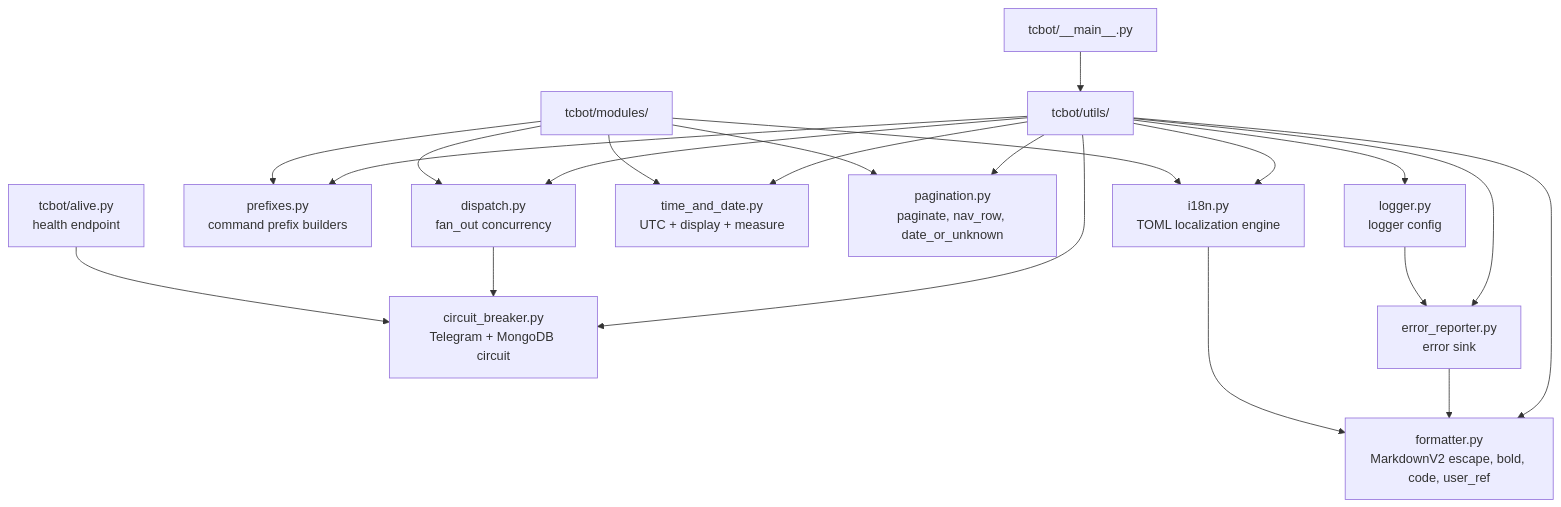
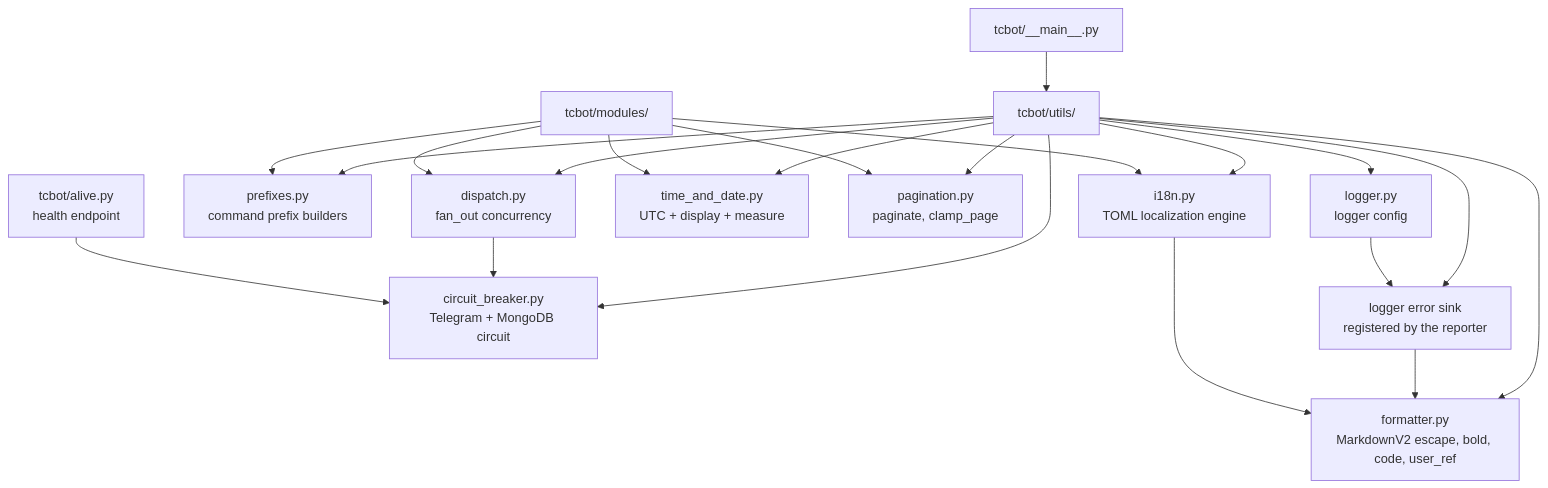
The diagram in docs/architecture/utilities.md (D1ZZY4/tcbot), drawn with Mermaid before and after one commit. The commit also changed other lines of this file and 27 other files, not shown here.

````diff
--- a/docs/architecture/utilities.md
+++ b/docs/architecture/utilities.md
@@ -9,23 +9,23 @@
 ```mermaid
 flowchart TD
     Main[tcbot/__main__.py] --> Utils[tcbot/utils/]
     Utils --> CB[circuit_breaker.py<br/>Telegram + MongoDB circuit]
     Utils --> Dispatch[dispatch.py<br/>fan_out concurrency]
     Utils --> Prefixes[prefixes.py<br/>command prefix builders]
     Utils --> Logging[logger.py<br/>logger config]
-    Utils --> ErrorReporter[error_reporter.py<br/>error sink]
+    Utils --> ErrorReporter[logger error sink<br/>registered by the reporter]
     Utils --> TimeDate[time_and_date.py<br/>UTC + display + measure]
-    Utils --> Pagination[pagination.py<br/>paginate, nav_row, date_or_unknown]
+    Utils --> Pagination[pagination.py<br/>paginate, clamp_page]
     Utils --> Fmt[formatter.py<br/>MarkdownV2 escape, bold, code, user_ref]
     Utils --> I18n[i18n.py<br/>TOML localization engine]
     Dispatch --> CB
     Modules[tcbot/modules/] --> Dispatch
     Modules --> Prefixes
     Modules --> TimeDate
     Modules --> Pagination
     Modules --> I18n
     Logging --> ErrorReporter
     ErrorReporter --> Fmt
     I18n --> Fmt
     Alive[tcbot/alive.py<br/>health endpoint] --> CB
 ```
````
